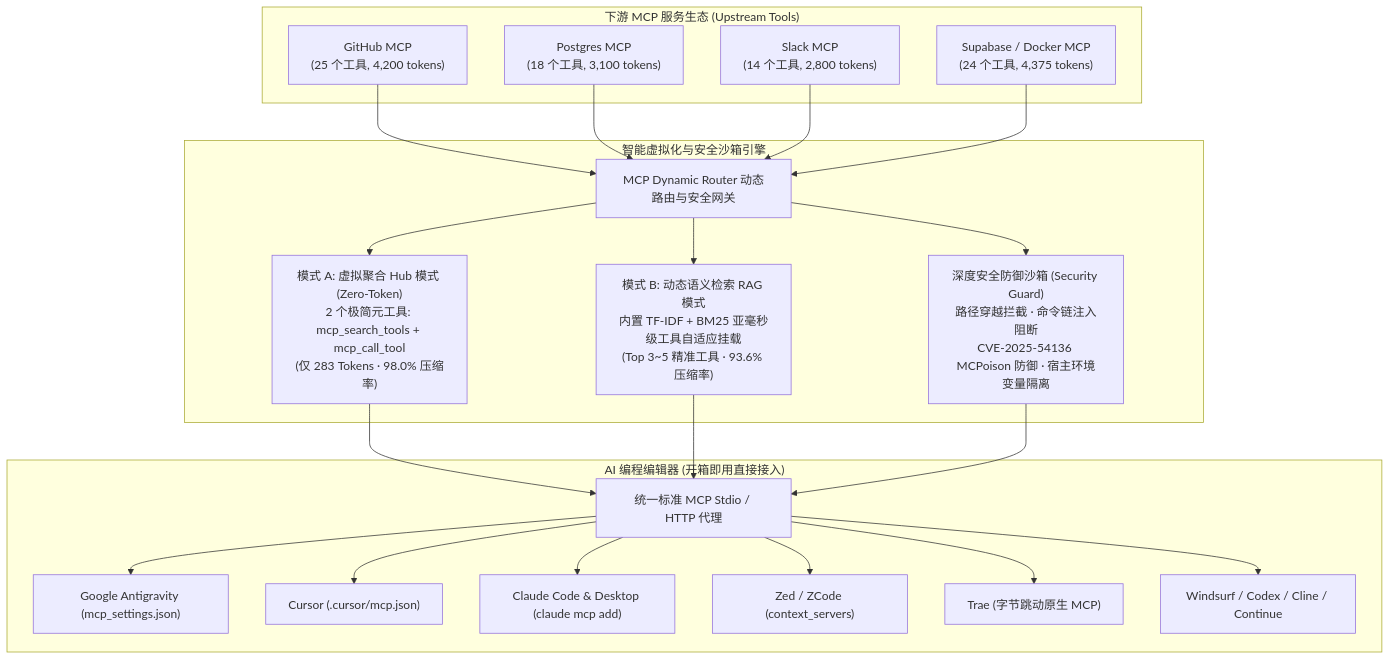
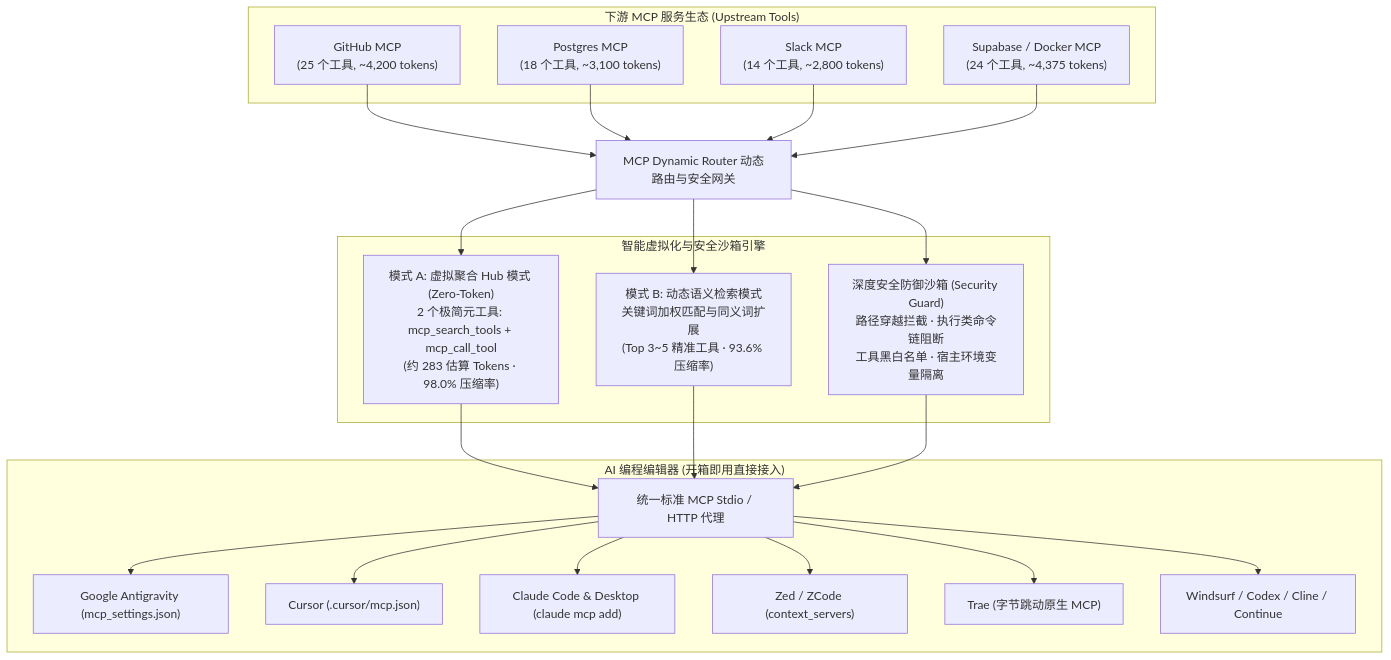
One commit to leethoneid/mcp-dynamic-router changed the diagram in README.zh-CN.md. Above: the diagram before and after it, drawn with Mermaid. The commit also changed other lines of this file and 36 other files, not shown here.

````diff
--- a/README.zh-CN.md
+++ b/README.zh-CN.md
@@ -17,28 +17,29 @@
 ```mermaid
 flowchart TD
     subgraph "下游 MCP 服务生态 (Upstream Tools)"
-        S1["GitHub MCP<br/>(25 个工具, 4,200 tokens)"]
-        S2["Postgres MCP<br/>(18 个工具, 3,100 tokens)"]
-        S3["Slack MCP<br/>(14 个工具, 2,800 tokens)"]
-        S4["Supabase / Docker MCP<br/>(24 个工具, 4,375 tokens)"]
+        S1["GitHub MCP<br/>(25 个工具, ~4,200 tokens)"]
+        S2["Postgres MCP<br/>(18 个工具, ~3,100 tokens)"]
+        S3["Slack MCP<br/>(14 个工具, ~2,800 tokens)"]
+        S4["Supabase / Docker MCP<br/>(24 个工具, ~4,375 tokens)"]
     end
 
     S1 & S2 & S3 & S4 --> R["MCP Dynamic Router 动态路由与安全网关"]
 
     subgraph "智能虚拟化与安全沙箱引擎"
-        R --> V1["模式 A: 虚拟聚合 Hub 模式 (Zero-Token)<br/>2 个极简元工具: mcp_search_tools + mcp_call_tool<br/>(仅 283 Tokens · 98.0% 压缩率)"]
-        R --> V2["模式 B: 动态语义检索 RAG 模式<br/>内置 TF-IDF + BM25 亚毫秒级工具自适应挂载<br/>(Top 3~5 精准工具 · 93.6% 压缩率)"]
-        R --> V3["深度安全防御沙箱 (Security Guard)<br/>路径穿越拦截 · 命令链注入阻断<br/>CVE-2025-54136 MCPoison 防御 · 宿主环境变量隔离"]
+        V1["模式 A: 虚拟聚合 Hub 模式 (Zero-Token)<br/>2 个极简元工具: mcp_search_tools + mcp_call_tool<br/>(约 283 估算 Tokens · 98.0% 压缩率)"]
+        V2["模式 B: 动态语义检索模式<br/>关键词加权匹配与同义词扩展<br/>(Top 3~5 精准工具 · 93.6% 压缩率)"]
+        V3["深度安全防御沙箱 (Security Guard)<br/>路径穿越拦截 · 执行类命令链阻断<br/>工具黑白名单 · 宿主环境变量隔离"]
     end
 
+    R --> V1 & V2 & V3
     V1 & V2 & V3 --> E["统一标准 MCP Stdio / HTTP 代理"]
 
     subgraph "AI 编程编辑器 (开箱即用直接接入)"
         E --> D1["Google Antigravity (mcp_settings.json)"]
         E --> D2["Cursor (.cursor/mcp.json)"]
         E --> D3["Claude Code & Desktop (claude mcp add)"]
         E --> D4["Zed / ZCode (context_servers)"]
         E --> D5["Trae (字节跳动原生 MCP)"]
         E --> D6["Windsurf / Codex / Cline / Continue"]
     end
 ```
````
